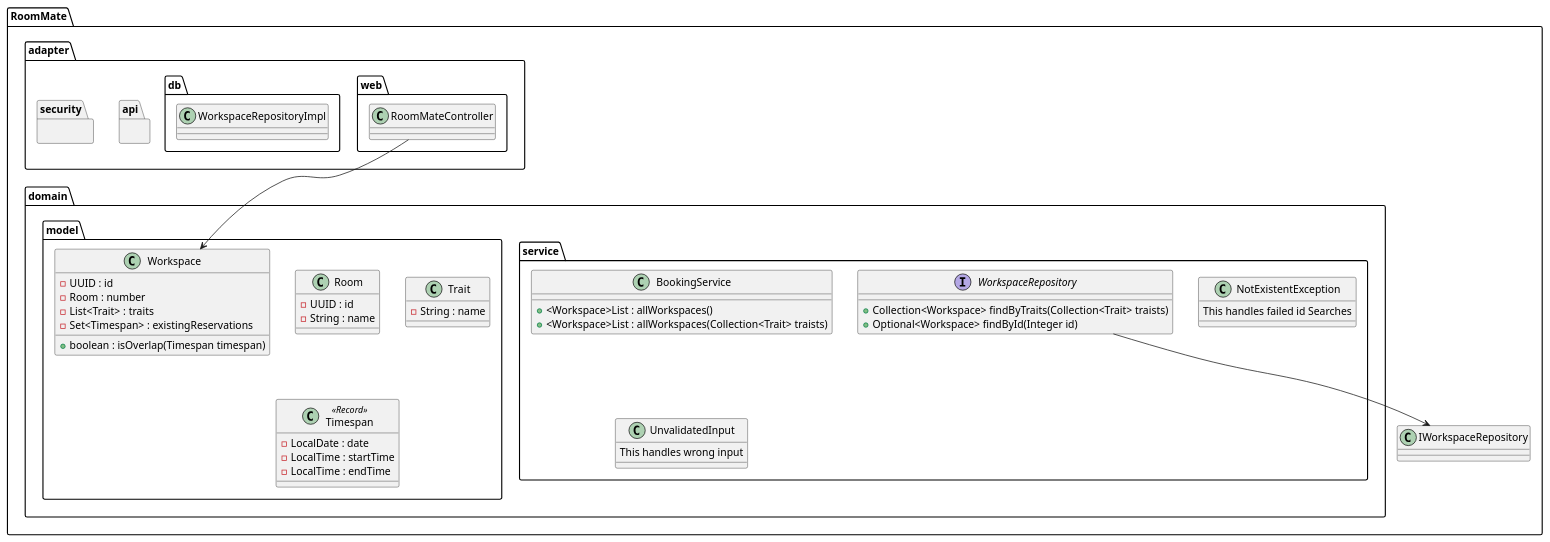
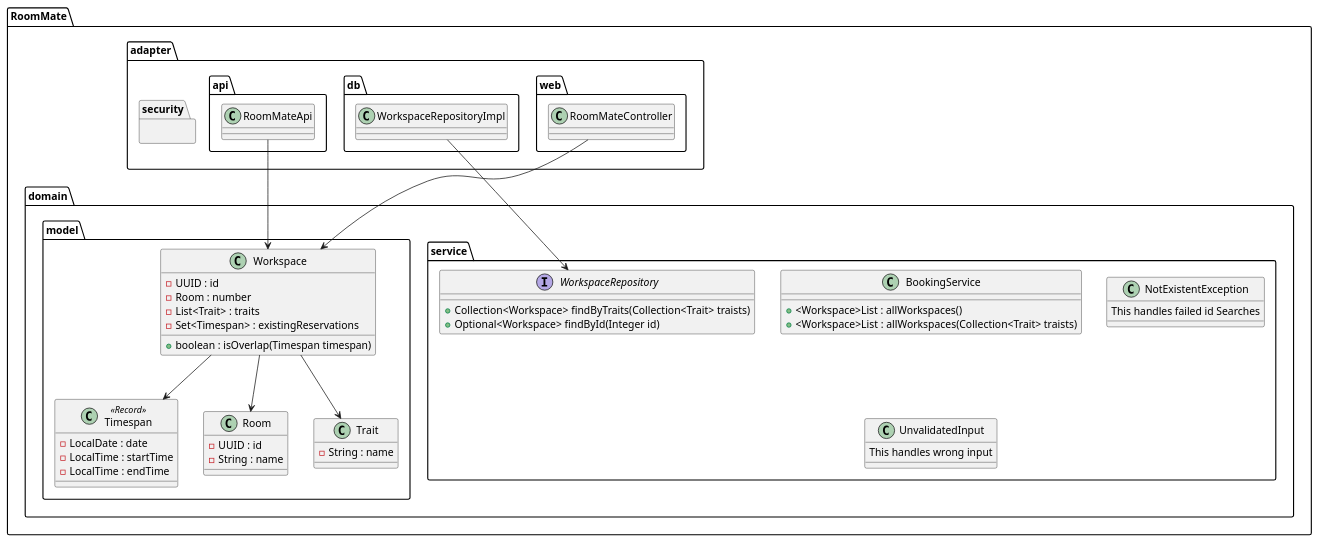
Before and after one commit to Asveste/RoomMate: the diagram in aufbau.puml, drawn with PlantUML.

Commit message:
Update Aufbau Draft in aufbau.puml

```diff
--- a/aufbau.puml
+++ b/aufbau.puml
@@ -1,73 +1,78 @@
 @startuml
 'https://plantuml.com/class-diagram
 
 package RoomMate{
 
 
 package adapter{
 
     package web{
         class RoomMateController
     }
     package db{
             class WorkspaceRepositoryImpl{}
     }
-    package api{}
+    package api{
+        class RoomMateApi
+    }
     package security{}
 }
 
 package domain{
 
     package service{
 
         interface WorkspaceRepository{
             + Collection<Workspace> findByTraits(Collection<Trait> traists)
             + Optional<Workspace> findById(Integer id)
         }
         class BookingService{
             + <Workspace>List : allWorkspaces()
             + <Workspace>List : allWorkspaces(Collection<Trait> traists)
         }
         class NotExistentException{
             This handles failed id Searches
         }
         class UnvalidatedInput{
             This handles wrong input
         }
 
     }
 
     package model{
 
         class Room{
             - UUID : id
             -String : name
         }
         class Trait{
             -String : name
         }
         class Timespan << Record >> {
             - LocalDate : date
             - LocalTime : startTime
             - LocalTime : endTime
         }
         class Workspace{
             - UUID : id
             - Room : number
             - List<Trait> : traits
             - Set<Timespan> : existingReservations
             + boolean : isOverlap(Timespan timespan)
         }
 
     }
 
 }
 
+WorkspaceRepositoryImpl --> WorkspaceRepository
+RoomMateController --> Workspace
+RoomMateApi --> Workspace
 
-WorkspaceRepository --> IWorkspaceRepository
-RoomMateController --> Workspace
-
+Workspace --> Room
+Workspace --> Trait
+Workspace --> Timespan
 
 }
 
 @enduml
```
